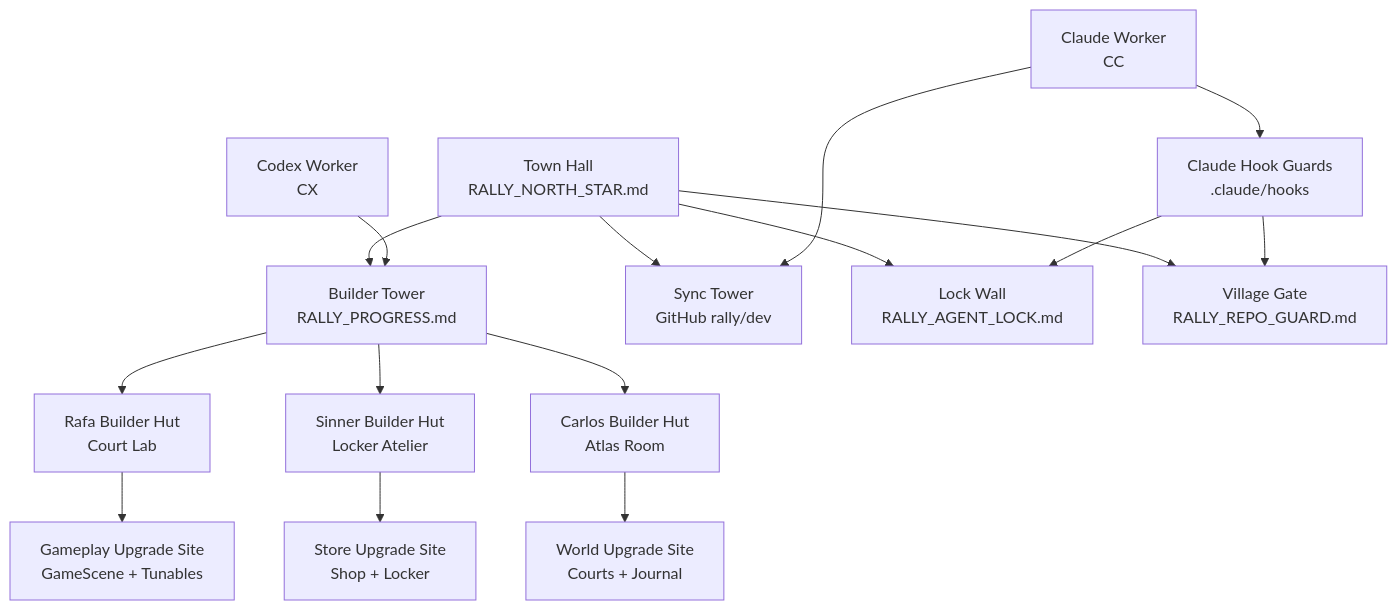
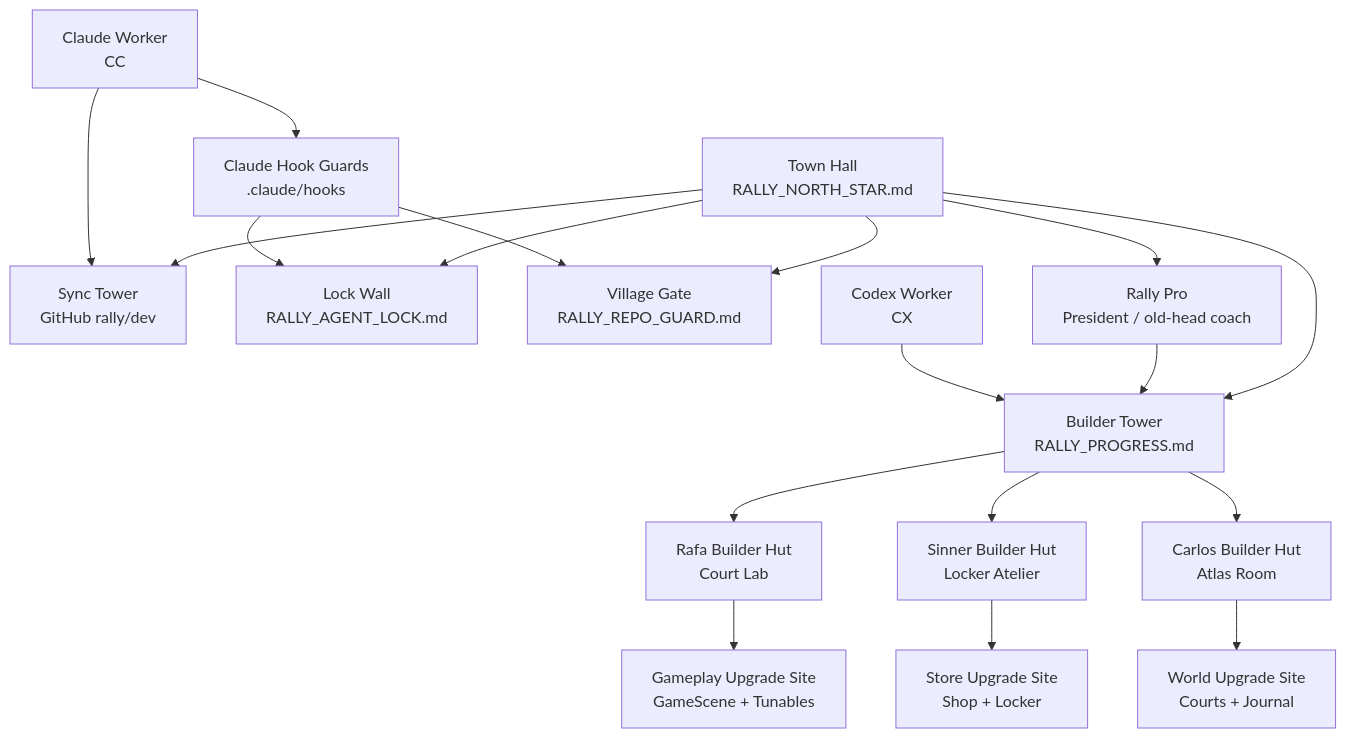
The first of 3 diagrams in AGENT_VILLAGE_AUTONOMY.md (marcelozap/Rally), drawn with Mermaid before and after one commit. The commit also changed other lines of this file and 9 other files, not shown here.

Commit message:
[CX] Add Rally Pro president agent

````diff
--- a/AGENT_VILLAGE_AUTONOMY.md
+++ b/AGENT_VILLAGE_AUTONOMY.md
@@ -23,21 +25,23 @@
 ```mermaid
 flowchart TD
     TH["Town Hall<br/>RALLY_NORTH_STAR.md"] --> BT["Builder Tower<br/>RALLY_PROGRESS.md"]
     TH --> ST["Sync Tower<br/>GitHub rally/dev"]
     TH --> LW["Lock Wall<br/>RALLY_AGENT_LOCK.md"]
     TH --> VG["Village Gate<br/>RALLY_REPO_GUARD.md"]
 
+    TH --> Pro["Rally Pro<br/>President / old-head coach"]
+    Pro --> BT
     BT --> RafaHut["Rafa Builder Hut<br/>Court Lab"]
     BT --> SinnerHut["Sinner Builder Hut<br/>Locker Atelier"]
     BT --> CarlosHut["Carlos Builder Hut<br/>Atlas Room"]
 
     RafaHut --> Gameplay["Gameplay Upgrade Site<br/>GameScene + Tunables"]
     SinnerHut --> Store["Store Upgrade Site<br/>Shop + Locker"]
     CarlosHut --> World["World Upgrade Site<br/>Courts + Journal"]
 
     Codex["Codex Worker<br/>CX"] --> BT
     Claude["Claude Worker<br/>CC"] --> ST
     Claude --> Hooks["Claude Hook Guards<br/>.claude/hooks"]
     Hooks --> VG
     Hooks --> LW
 ```
````
